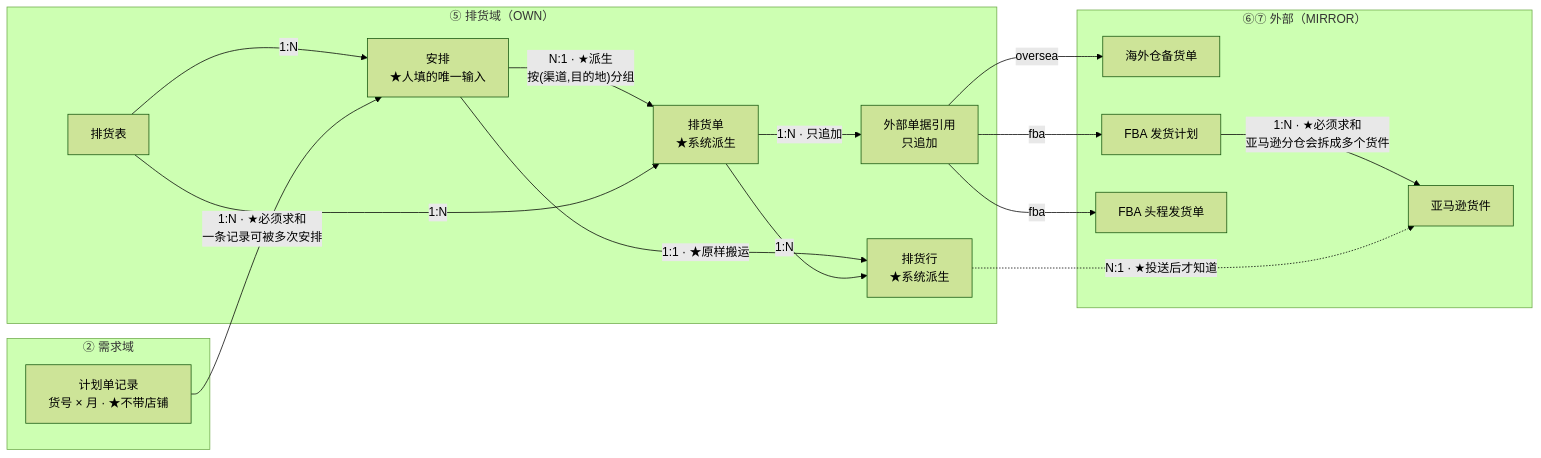
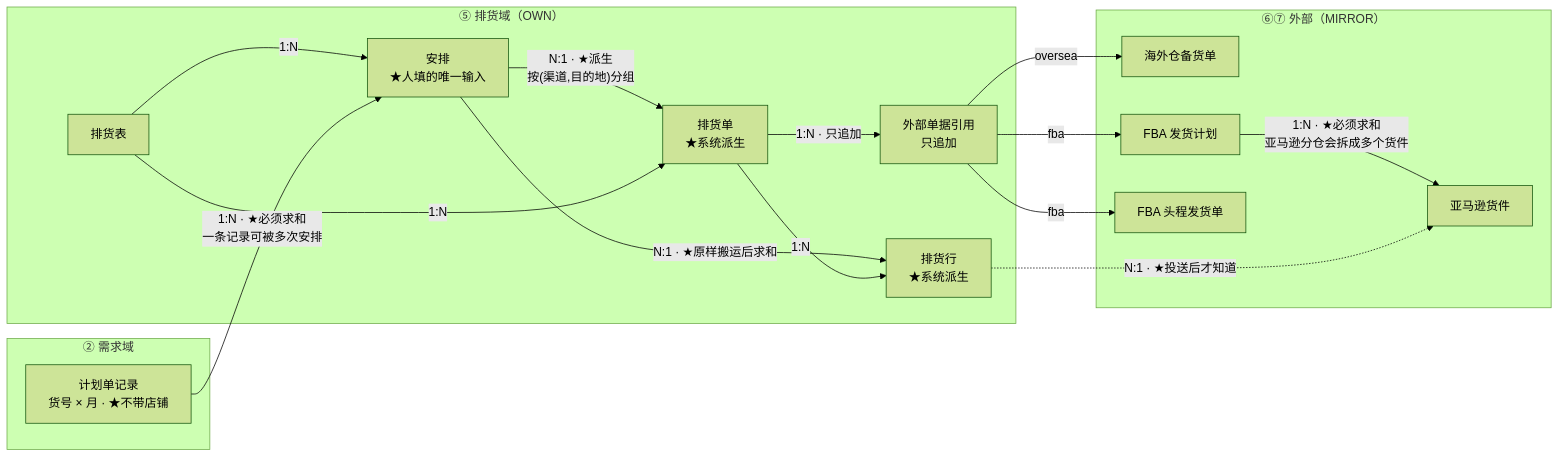
Before and after one commit to DuoWeiTree/service_supplychain: the first of 2 diagrams in docs/15-排货单完整逻辑.md, drawn with Mermaid (forest theme). The commit also changed other lines of this file and 223 other files, not shown here.

````diff
--- a/docs/15-排货单完整逻辑.md
+++ b/docs/15-排货单完整逻辑.md
@@ -78,35 +78,35 @@
 ```mermaid
 flowchart LR
   subgraph DEM["② 需求域"]
     PLINE["计划单记录<br/>货号 × 月 · ★不带店铺"]
   end
 
   subgraph DSP["⑤ 排货域（OWN）"]
     SHEET["排货表"]
     ARR["安排<br/>★人填的唯一输入"]
     CONS["排货单<br/>★系统派生"]
     CLINE["排货行<br/>★系统派生"]
     XREF["外部单据引用<br/>只追加"]
   end
 
   subgraph EXT["⑥⑦ 外部（MIRROR）"]
     OWS["海外仓备货单"]
     RP["FBA 发货计划"]
     SHIP["亚马逊货件"]
     SP["FBA 头程发货单"]
   end
 
   SHEET -->|"1:N"| ARR
   PLINE -->|"1:N · ★必须求和<br/>一条记录可被多次安排"| ARR
   ARR -->|"N:1 · ★派生<br/>按(渠道,目的地)分组"| CONS
-  ARR -->|"1:1 · ★原样搬运"| CLINE
+  ARR -->|"N:1 · ★原样搬运后求和"| CLINE
   SHEET -->|"1:N"| CONS
   CONS -->|"1:N"| CLINE
   CONS -->|"1:N · 只追加"| XREF
 
   XREF -->|"oversea"| OWS
   XREF -->|"fba"| RP
   RP -->|"1:N · ★必须求和<br/>亚马逊分仓会拆成多个货件"| SHIP
   CLINE -.->|"N:1 · ★投送后才知道"| SHIP
   XREF -->|"fba"| SP
 ```
````
